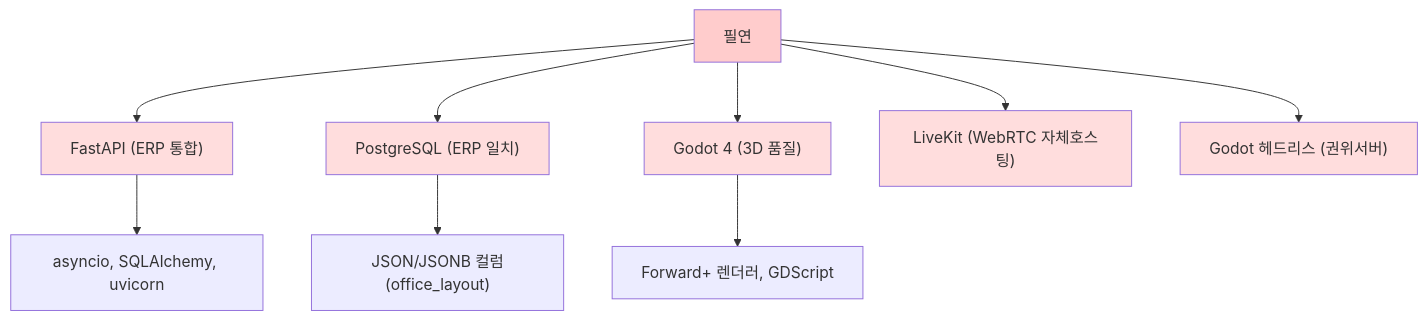
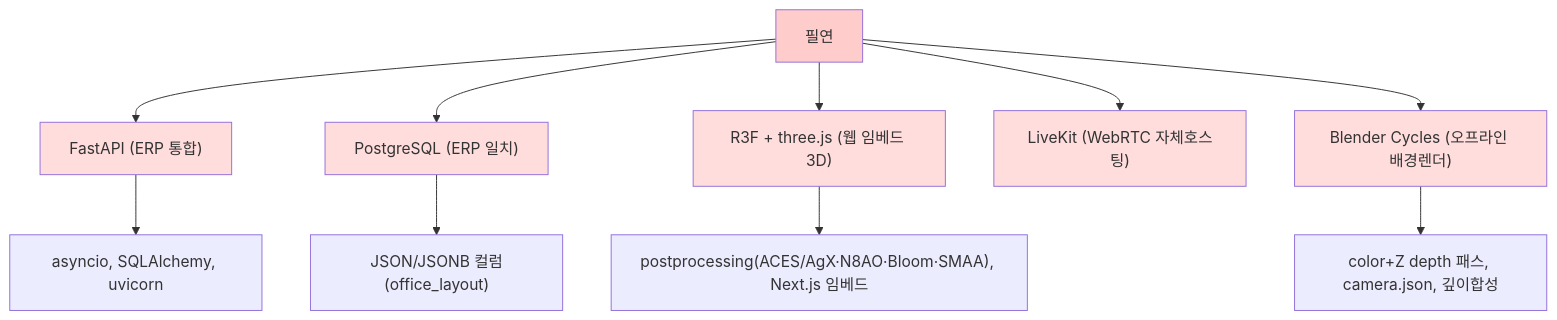
Before and after one commit to choiwjun/virtualoffice_new: the diagram in docs/planning/11-tech-stack.md, drawn with Mermaid. The commit also changed other lines of this file and 739 other files, not shown here.

````diff
--- a/docs/planning/11-tech-stack.md
+++ b/docs/planning/11-tech-stack.md
@@ -265,19 +277,20 @@
 ```mermaid
 graph TD
     A["필연"] --> B["FastAPI (ERP 통합)"]
     A --> C["PostgreSQL (ERP 일치)"]
-    A --> D["Godot 4 (3D 품질)"]
+    A --> D["R3F + three.js (웹 임베드 3D)"]
     A --> E["LiveKit (WebRTC 자체호스팅)"]
-    A --> F["Godot 헤드리스 (권위서버)"]
-    
+    A --> F["Blender Cycles (오프라인 배경렌더)"]
+
     B --> B1["asyncio, SQLAlchemy, uvicorn"]
     C --> C1["JSON/JSONB 컬럼(office_layout)"]
-    D --> D1["Forward+ 렌더러, GDScript"]
-    
+    D --> D1["postprocessing(ACES/AgX·N8AO·Bloom·SMAA), Next.js 임베드"]
+    F --> F1["color+Z depth 패스, camera.json, 깊이합성"]
+
     style A fill:#ffcccc
     style B fill:#ffdddd
     style C fill:#ffdddd
     style D fill:#ffdddd
     style E fill:#ffdddd
     style F fill:#ffdddd
 ```
````
